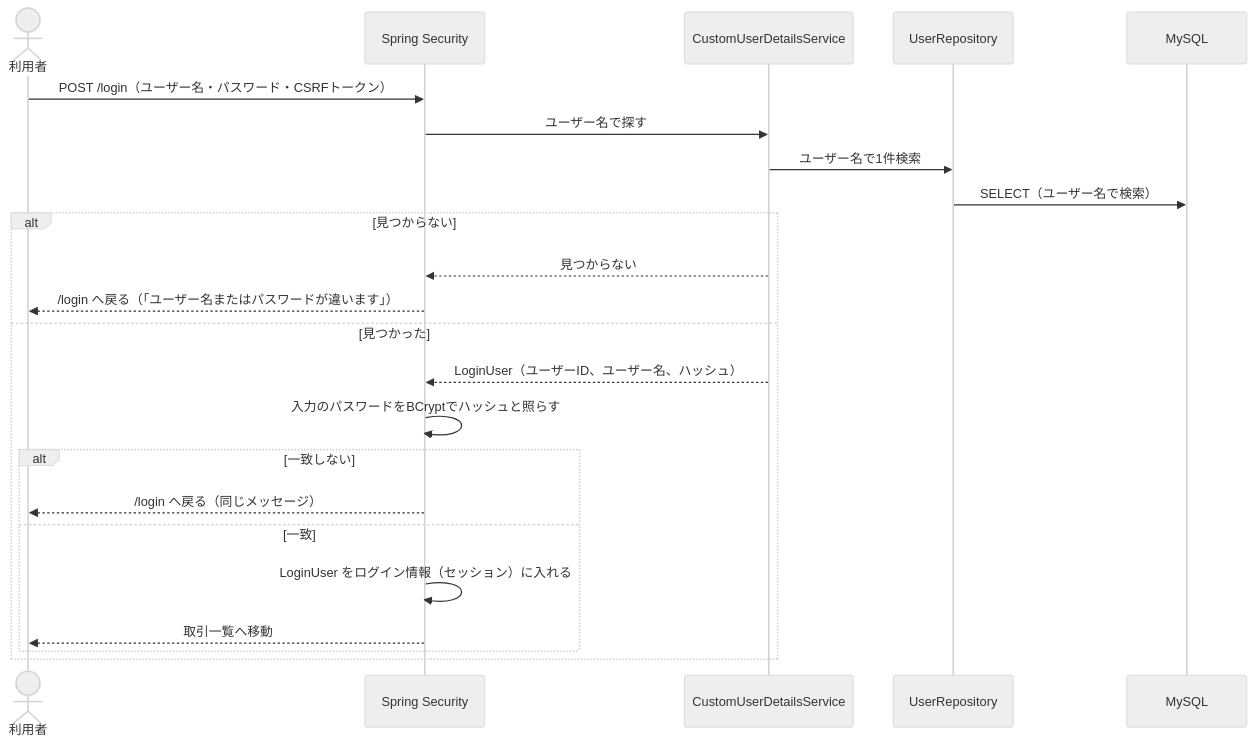
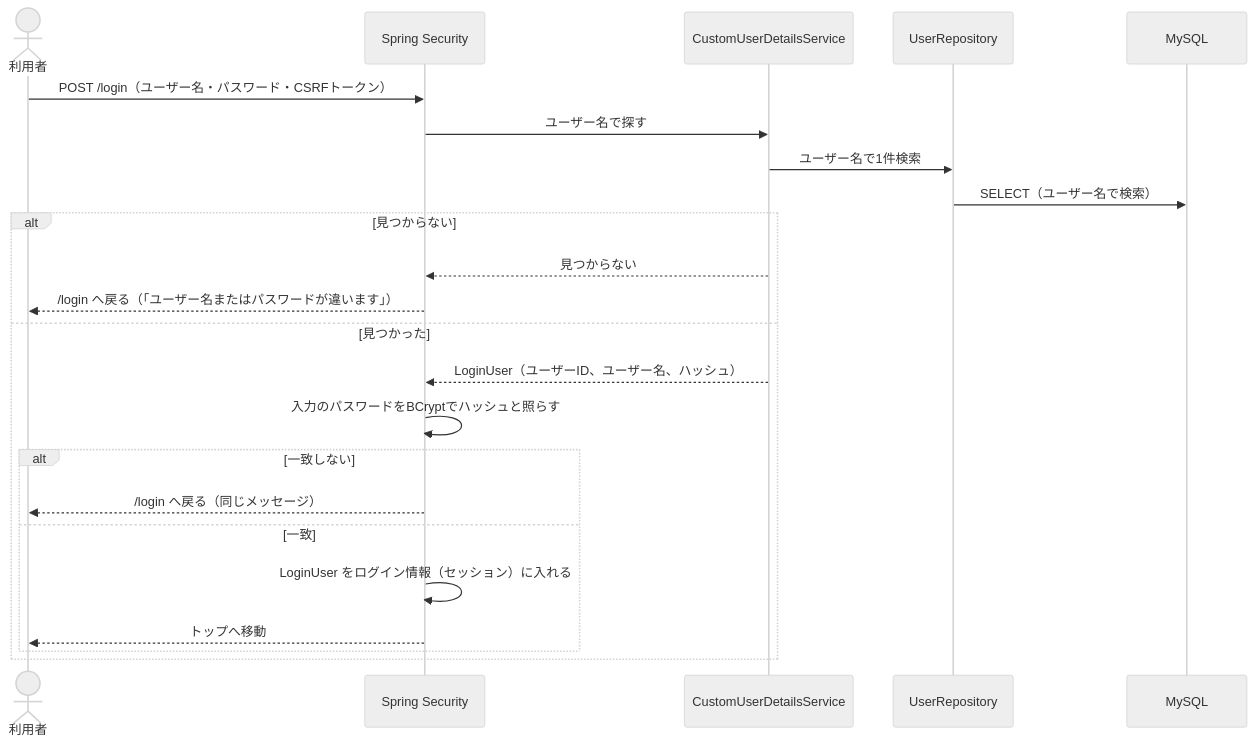
The fifth of 14 diagrams in docs/reviews/design.md (yutaro081/HouseholdBudget-SpringBoot), drawn with Mermaid (neutral theme) before and after one commit. The commit also changed other lines of this file and 1 other file, not shown here.

````diff
--- a/docs/reviews/design.md
+++ b/docs/reviews/design.md
@@ -1003,26 +1028,26 @@
 ```mermaid
 sequenceDiagram
     actor U as 利用者
     participant SEC as Spring Security
     participant UDS as CustomUserDetailsService
     participant R as UserRepository
     participant DB as MySQL
 
     U->>SEC: POST /login（ユーザー名・パスワード・CSRFトークン）
     SEC->>UDS: ユーザー名で探す
     UDS->>R: ユーザー名で1件検索
     R->>DB: SELECT（ユーザー名で検索）
     alt 見つからない
         UDS-->>SEC: 見つからない
         SEC-->>U: /login へ戻る（「ユーザー名またはパスワードが違います」）
     else 見つかった
         UDS-->>SEC: LoginUser（ユーザーID、ユーザー名、ハッシュ）
         SEC->>SEC: 入力のパスワードをBCryptでハッシュと照らす
         alt 一致しない
             SEC-->>U: /login へ戻る（同じメッセージ）
         else 一致
             SEC->>SEC: LoginUser をログイン情報（セッション）に入れる
-            SEC-->>U: 取引一覧へ移動
+            SEC-->>U: トップへ移動
         end
     end
 ```
````
